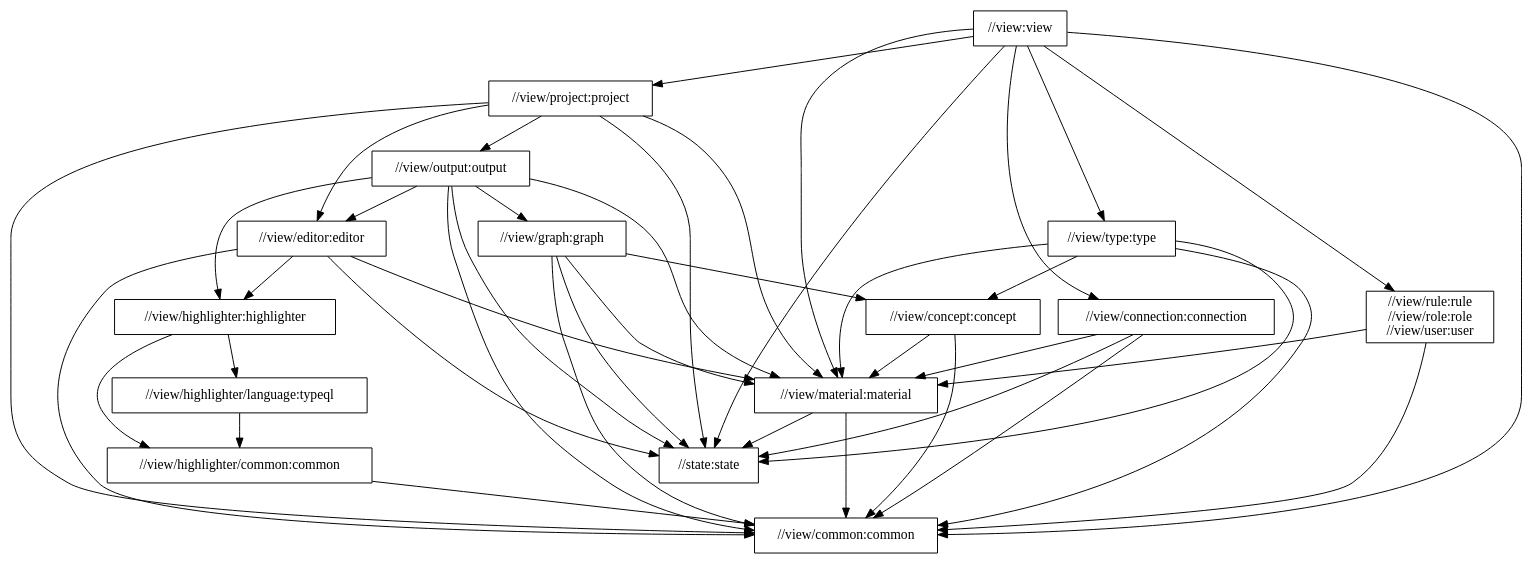
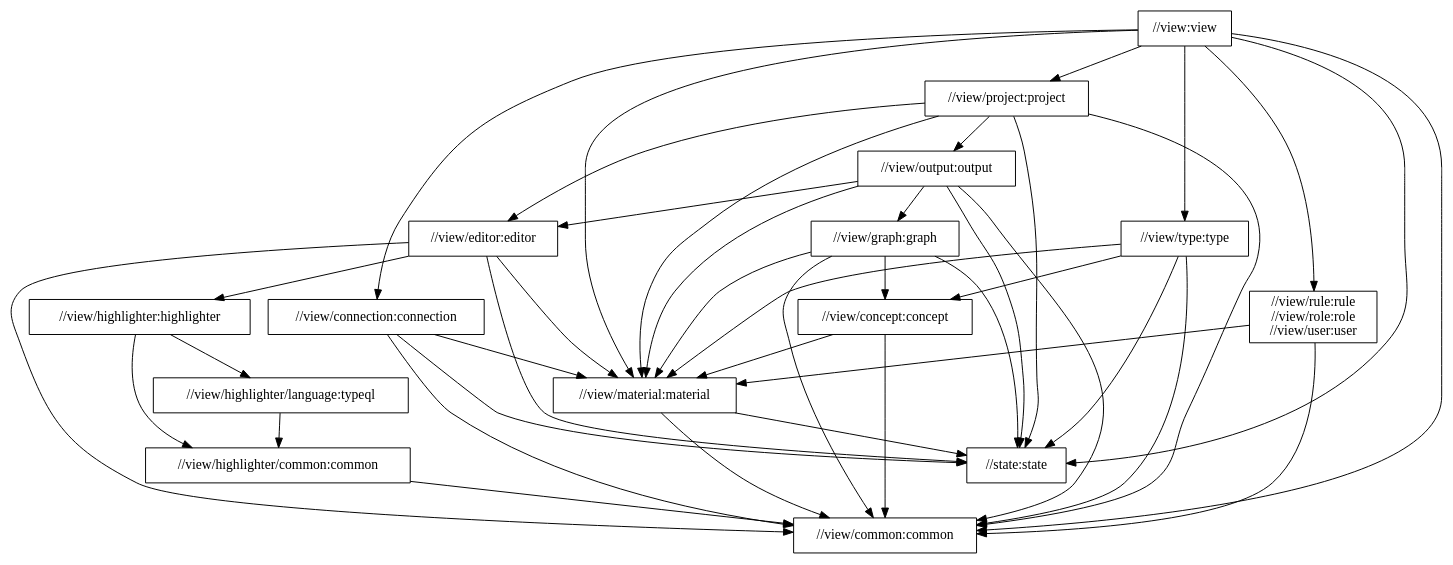
One commit to typedb/typedb-studio changed the diagram in docs/view-package-structure.dot. Above: the diagram before and after it, drawn with Graphviz. The commit also changed 6 other files, not shown here.

Commit message:
Encapsulate syntax highlighting into TextEditor.State, decoupling it from //view/output

```diff
--- a/docs/view-package-structure.dot
+++ b/docs/view-package-structure.dot
@@ -1,61 +1,60 @@
 digraph mygraph {
   node [shape=box];
   "//view:view"
   "//view:view" -> "//view/common:common"
   "//view:view" -> "//view/connection:connection"
   "//view:view" -> "//view/material:material"
   "//view:view" -> "//view/project:project"
   "//view:view" -> "//view/rule:rule\n//view/role:role\n//view/user:user"
   "//view:view" -> "//view/type:type"
   "//view:view" -> "//state:state"
+  "//view/rule:rule\n//view/role:role\n//view/user:user"
+  "//view/rule:rule\n//view/role:role\n//view/user:user" -> "//view/common:common"
+  "//view/rule:rule\n//view/role:role\n//view/user:user" -> "//view/material:material"
   "//view/type:type"
   "//view/type:type" -> "//view/common:common"
   "//view/type:type" -> "//view/concept:concept"
   "//view/type:type" -> "//view/material:material"
   "//view/type:type" -> "//state:state"
-  "//view/rule:rule\n//view/role:role\n//view/user:user"
-  "//view/rule:rule\n//view/role:role\n//view/user:user" -> "//view/common:common"
-  "//view/rule:rule\n//view/role:role\n//view/user:user" -> "//view/material:material"
   "//view/project:project"
   "//view/project:project" -> "//view/common:common"
   "//view/project:project" -> "//view/editor:editor"
   "//view/project:project" -> "//view/material:material"
   "//view/project:project" -> "//view/output:output"
   "//view/project:project" -> "//state:state"
-  "//view/connection:connection"
-  "//view/connection:connection" -> "//view/common:common"
-  "//view/connection:connection" -> "//view/material:material"
-  "//view/connection:connection" -> "//state:state"
   "//view/output:output"
   "//view/output:output" -> "//view/common:common"
   "//view/output:output" -> "//view/editor:editor"
   "//view/output:output" -> "//view/graph:graph"
-  "//view/output:output" -> "//view/highlighter:highlighter"
   "//view/output:output" -> "//view/material:material"
   "//view/output:output" -> "//state:state"
   "//view/graph:graph"
   "//view/graph:graph" -> "//view/common:common"
   "//view/graph:graph" -> "//view/concept:concept"
   "//view/graph:graph" -> "//view/material:material"
   "//view/graph:graph" -> "//state:state"
-  "//view/concept:concept"
-  "//view/concept:concept" -> "//view/common:common"
-  "//view/concept:concept" -> "//view/material:material"
   "//view/editor:editor"
   "//view/editor:editor" -> "//view/common:common"
   "//view/editor:editor" -> "//view/highlighter:highlighter"
   "//view/editor:editor" -> "//view/material:material"
   "//view/editor:editor" -> "//state:state"
-  "//view/material:material"
-  "//view/material:material" -> "//view/common:common"
-  "//view/material:material" -> "//state:state"
-  "//state:state"
   "//view/highlighter:highlighter"
   "//view/highlighter:highlighter" -> "//view/highlighter/common:common"
   "//view/highlighter:highlighter" -> "//view/highlighter/language:typeql"
   "//view/highlighter/language:typeql"
   "//view/highlighter/language:typeql" -> "//view/highlighter/common:common"
+  "//view/connection:connection"
+  "//view/connection:connection" -> "//view/common:common"
+  "//view/connection:connection" -> "//view/material:material"
+  "//view/connection:connection" -> "//state:state"
   "//view/highlighter/common:common"
   "//view/highlighter/common:common" -> "//view/common:common"
+  "//view/concept:concept"
+  "//view/concept:concept" -> "//view/common:common"
+  "//view/concept:concept" -> "//view/material:material"
+  "//view/material:material"
+  "//view/material:material" -> "//view/common:common"
+  "//view/material:material" -> "//state:state"
   "//view/common:common"
+  "//state:state"
 }
```
